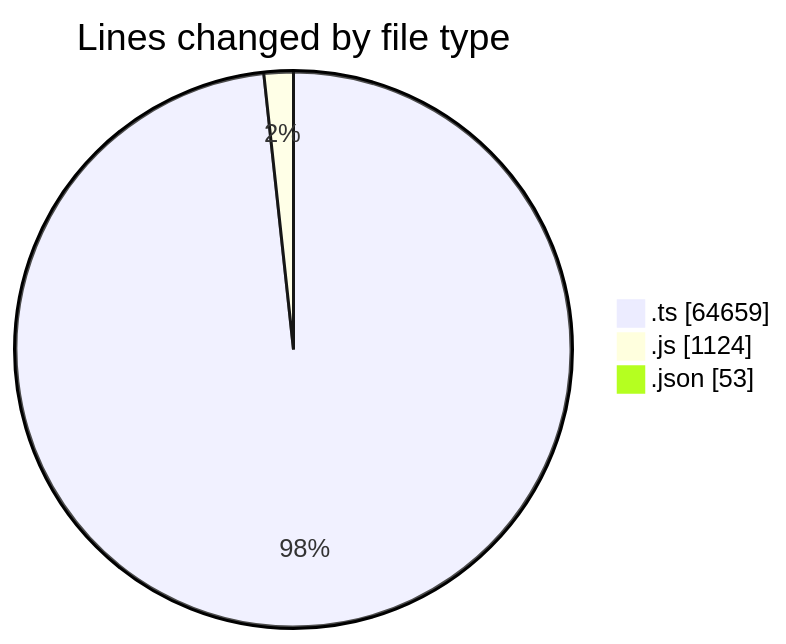
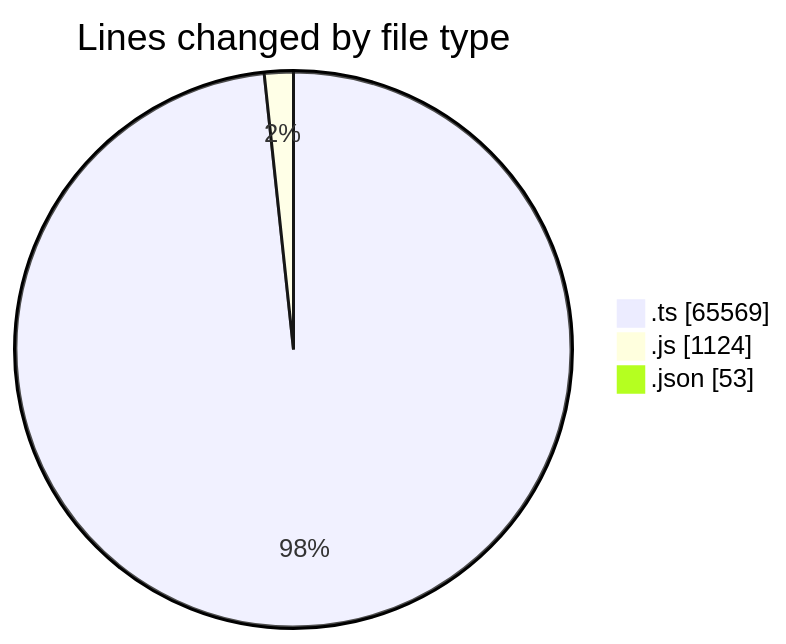
Before and after one commit to momahboobian/code-tracking: the first of 2 diagrams in 2026-10-23/cda/README.md, drawn with Mermaid. The commit also changed other lines of this file and 1 other file, not shown here.

````diff
--- a/2026-10-23/cda/README.md
+++ b/2026-10-23/cda/README.md
@@ -46,7 +47,7 @@
 ```mermaid
 pie showData
 title Lines changed by file type
-".ts" : 64659
+".ts" : 65569
 ".js" : 1124
 ".json" : 53
 ```
````
